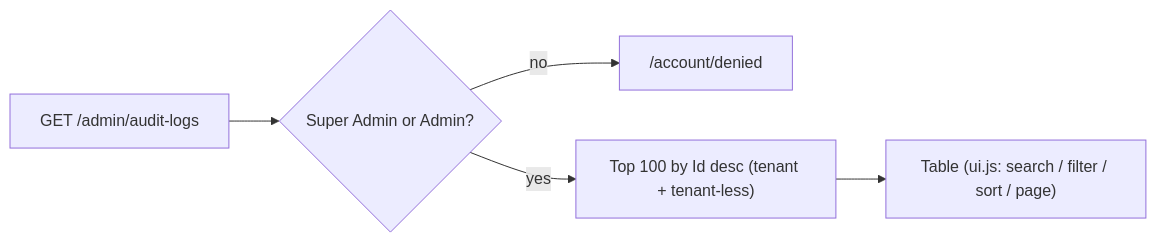
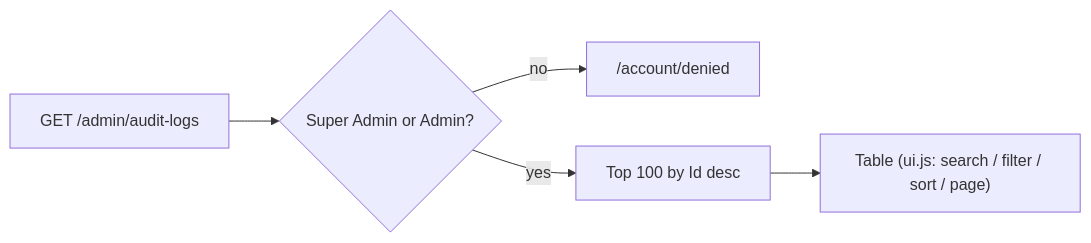
One commit to Albadit/DotNetForge changed the diagram in .docs/pages/audit-logs.md. Above: the diagram before and after it, drawn with Mermaid. The commit also changed other lines of this file and 306 other files, not shown here.

````diff
--- a/.docs/pages/audit-logs.md
+++ b/.docs/pages/audit-logs.md
@@ -115,6 +113,6 @@
 ```mermaid
 flowchart LR
     A["GET /admin/audit-logs"] --> B{"Super Admin or Admin?"}
     B -- no --> D["/account/denied"]
-    B -- yes --> C["Top 100 by Id desc (tenant + tenant-less)"] --> E["Table (ui.js: search / filter / sort / page)"]
+    B -- yes --> C["Top 100 by Id desc"] --> E["Table (ui.js: search / filter / sort / page)"]
 ```
````
